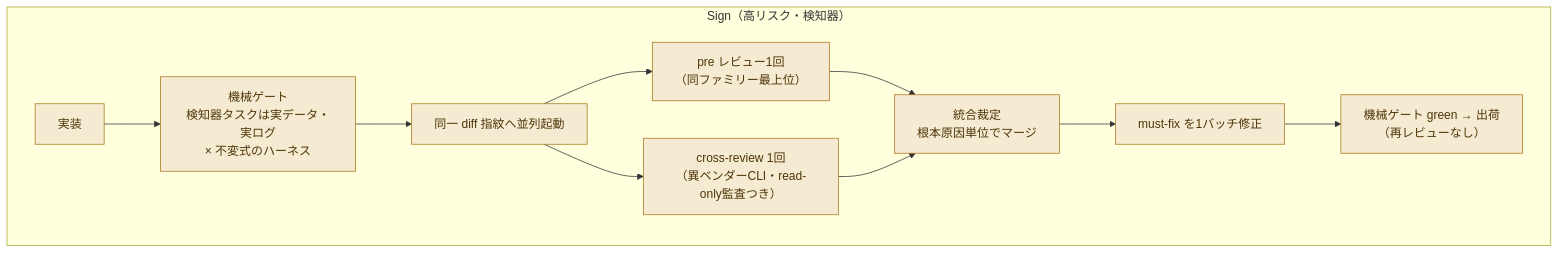
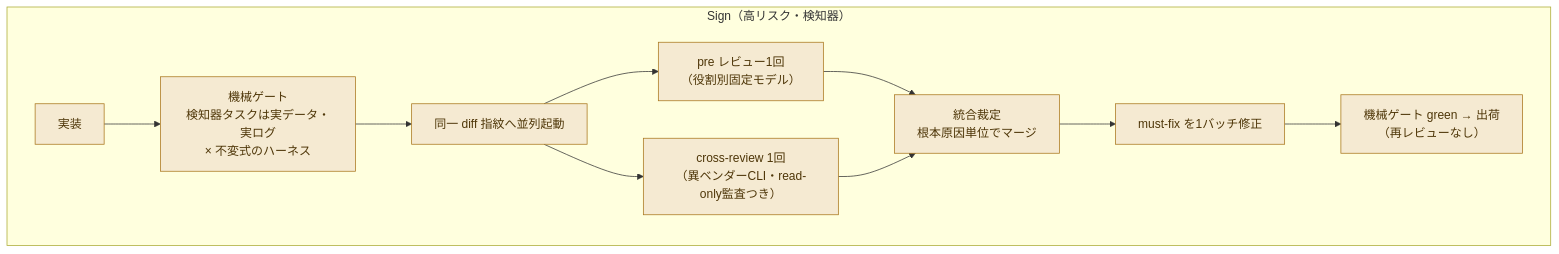
Before and after one commit to mizulba-dev/dev-method: the fourth of 6 diagrams in DEV_FLOW.md, drawn with Mermaid. The commit also changed other lines of this file and 7 other files, not shown here.

````diff
--- a/DEV_FLOW.md
+++ b/DEV_FLOW.md
@@ -90,15 +90,15 @@
 ```mermaid
 flowchart TD
   subgraph SIGNLANE ["Sign（高リスク・検知器）"]
     G1["実装"] --> G2["機械ゲート<br/>検知器タスクは実データ・実ログ<br/>× 不変式のハーネス"]
     G2 --> G3["同一 diff 指紋へ並列起動"]
-    G3 --> G4["pre レビュー1回<br/>（同ファミリー最上位）"]
+    G3 --> G4["pre レビュー1回<br/>（役割別固定モデル）"]
     G3 --> G5["cross-review 1回<br/>（異ベンダーCLI・read-only監査つき）"]
     G4 --> G6["統合裁定<br/>根本原因単位でマージ"]
     G5 --> G6
     G6 --> G7["must-fix を1バッチ修正"]
     G7 --> G8["機械ゲート green → 出荷<br/>（再レビューなし）"]
   end
   classDef sign fill:#F5EAD2,stroke:#A9761C,color:#4E3608
   class G1,G2,G3,G4,G5,G6,G7,G8 sign
 ```
````
